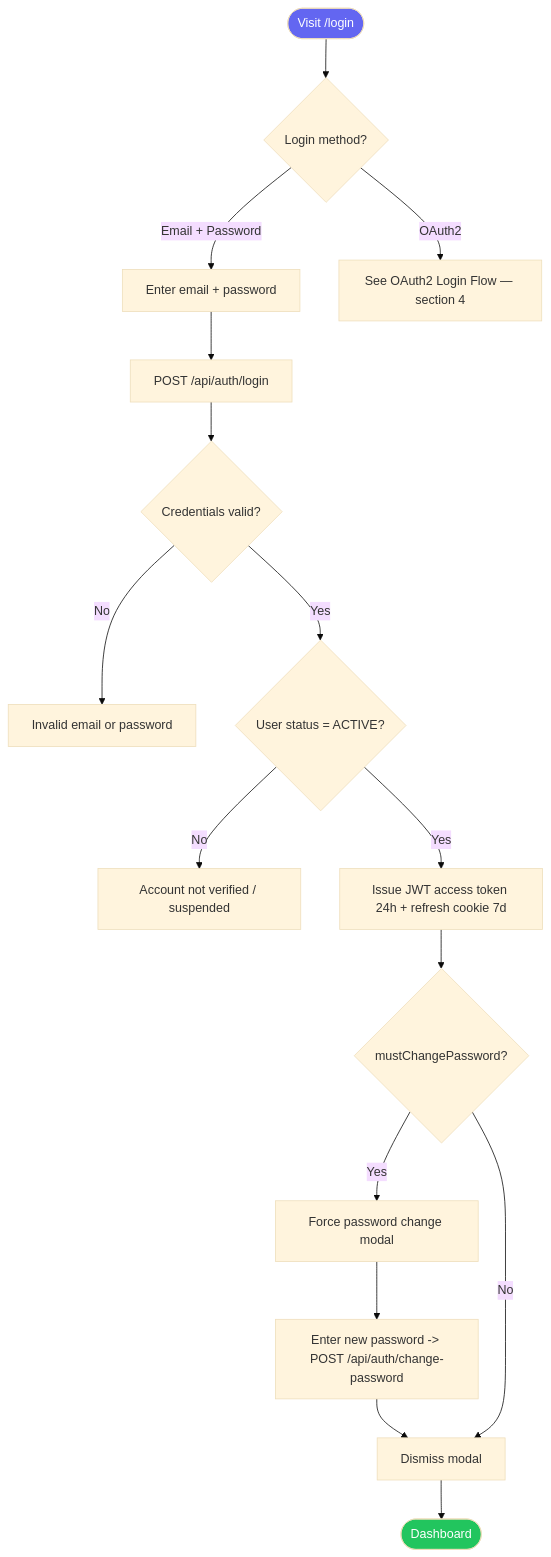
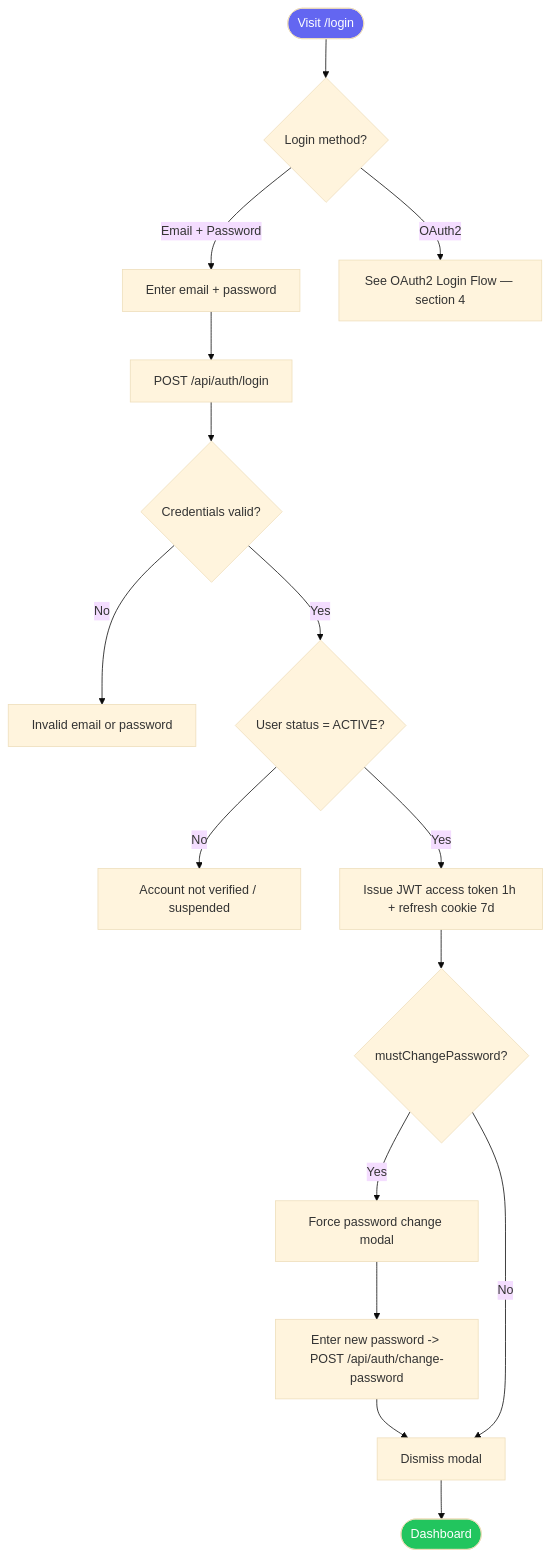
The sixth of 36 diagrams in docs/WORKFLOWS.md (navneetprabhakar/executespec), drawn with Mermaid (base theme) before and after one commit. The commit also changed other lines of this file and 9 other files, not shown here.

````diff
--- a/docs/WORKFLOWS.md
+++ b/docs/WORKFLOWS.md
@@ -238,21 +248,21 @@
 ```mermaid
 flowchart TD
     A([Visit /login]) --> B{Login method?}
     B -->|Email + Password| C[Enter email + password]
     B -->|OAuth2| D[See OAuth2 Login Flow — section 4]
     C --> E[POST /api/auth/login]
     E --> F{Credentials valid?}
     F -->|No| G[Invalid email or password]
     F -->|Yes| H{User status = ACTIVE?}
     H -->|No| I[Account not verified / suspended]
-    H -->|Yes| J[Issue JWT access token 24h + refresh cookie 7d]
+    H -->|Yes| J[Issue JWT access token 1h + refresh cookie 7d]
     J --> K{mustChangePassword?}
     K -->|Yes| L[Force password change modal]
     L --> M[Enter new password -> POST /api/auth/change-password]
     M --> N[Dismiss modal]
     K -->|No| N
     N --> O([Dashboard])
 
     style A fill:#6366f1,color:#fff
     style O fill:#22c55e,color:#fff
 ```
````
